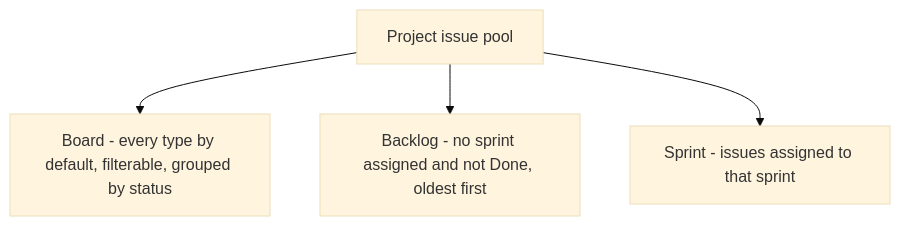
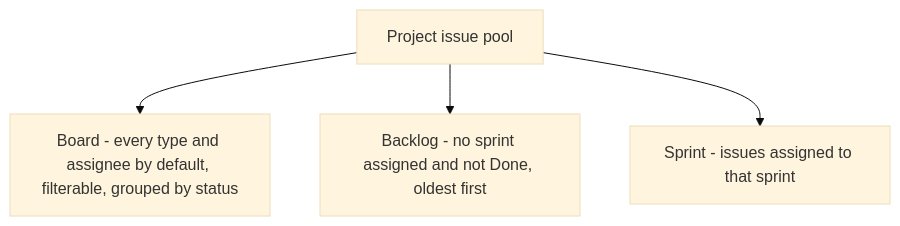
Before and after one commit to Mathotics/Keel: the second of 3 diagrams in docs/adr/ADR-013.md, drawn with Mermaid (base theme). The commit also changed other lines of this file and 18 other files, not shown here.

Commit message:
Add a board assignee filter and let status, assignee, and due date be changed on the issue page.

````diff
--- a/docs/adr/ADR-013.md
+++ b/docs/adr/ADR-013.md
@@ -138,11 +139,11 @@
 ```mermaid
 flowchart TD
   pool["Project issue pool"]
-  board["Board - every type by default, filterable, grouped by status"]
+  board["Board - every type and assignee by default, filterable, grouped by status"]
   backlog["Backlog - no sprint assigned and not Done, oldest first"]
   sprint["Sprint - issues assigned to that sprint"]
 
   pool --> board
   pool --> backlog
   pool --> sprint
 ```
````
